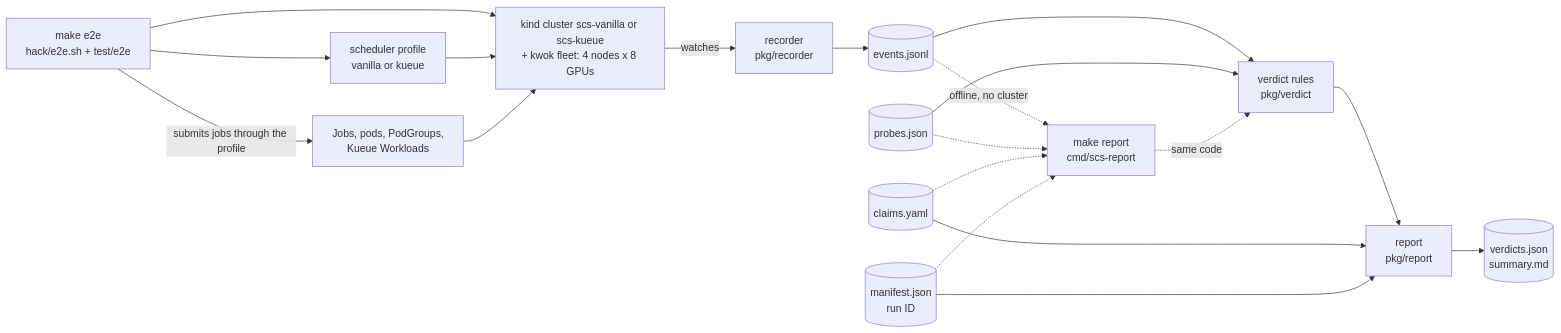
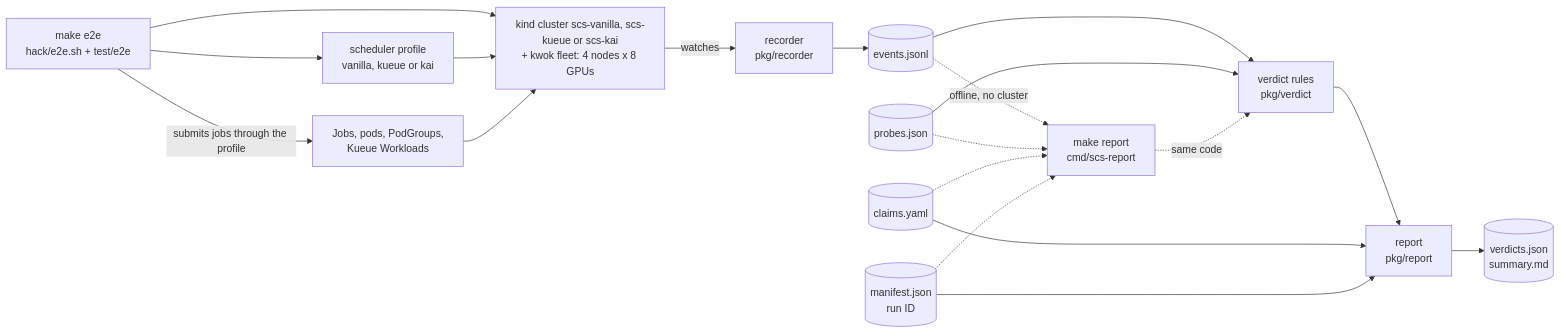
Before and after one commit to ArangoGutierrez/scheduler-capabilities-suite: the diagram in docs/architecture.md, drawn with Mermaid. The commit also changed other lines of this file and 21 other files, not shown here.

First line of the commit message:
feat(scheduler): add a KAI Scheduler v0.18.5 profile (#6)

````diff
--- a/docs/architecture.md
+++ b/docs/architecture.md
@@ -19,21 +21,21 @@
 ```mermaid
 flowchart LR
-    suite["make e2e<br/>hack/e2e.sh + test/e2e"] --> cluster["kind cluster scs-vanilla or scs-kueue<br/>+ kwok fleet: 4 nodes x 8 GPUs"]
-    suite --> profile["scheduler profile<br/>vanilla or kueue"]
+    suite["make e2e<br/>hack/e2e.sh + test/e2e"] --> cluster["kind cluster scs-vanilla, scs-kueue or scs-kai<br/>+ kwok fleet: 4 nodes x 8 GPUs"]
+    suite --> profile["scheduler profile<br/>vanilla, kueue or kai"]
     profile --> cluster
     suite -- "submits jobs through the profile" --> workloads["Jobs, pods, PodGroups,<br/>Kueue Workloads"]
     workloads --> cluster
     cluster -- "watches" --> recorder["recorder<br/>pkg/recorder"]
     recorder --> events[("events.jsonl")]
     events --> rules["verdict rules<br/>pkg/verdict"]
     probes[("probes.json")] --> rules
     rules --> report["report<br/>pkg/report"]
     claims[("claims.yaml")] --> report
     manifest[("manifest.json<br/>run ID")] --> report
     report --> out[("verdicts.json<br/>summary.md")]
     events -. "offline, no cluster" .-> rebuild["make report<br/>cmd/scs-report"]
     probes -.-> rebuild
     claims -.-> rebuild
     manifest -.-> rebuild
     rebuild -. "same code" .-> rules
 ```
````
